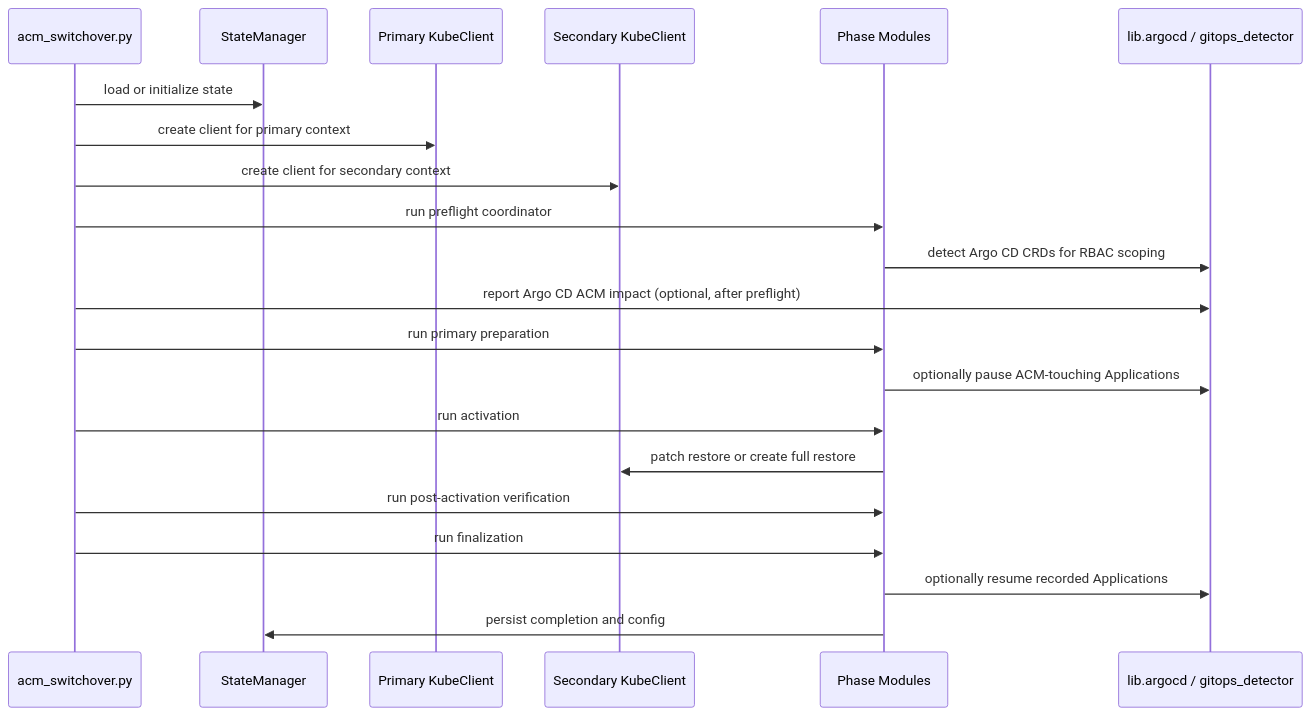
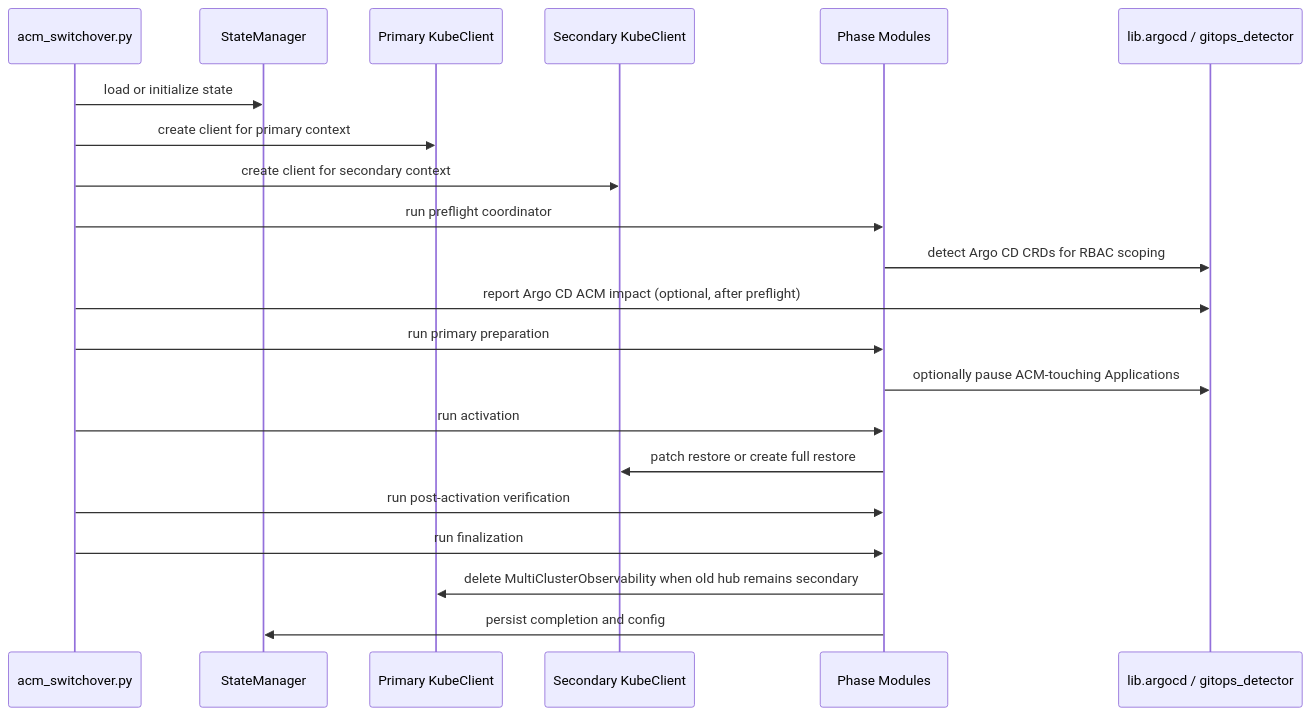
Before and after one commit to tomazb/rh-acm-switchover: the second of 2 diagrams in docs/development/architecture.md, drawn with Mermaid. The commit also changed other lines of this file and 9 other files, not shown here.

````diff
--- a/docs/development/architecture.md
+++ b/docs/development/architecture.md
@@ -287,24 +287,24 @@
 ```mermaid
 sequenceDiagram
     participant CLI as acm_switchover.py
     participant State as StateManager
     participant P as Primary KubeClient
     participant S as Secondary KubeClient
     participant Mods as Phase Modules
     participant Argo as lib.argocd / gitops_detector
 
     CLI->>State: load or initialize state
     CLI->>P: create client for primary context
     CLI->>S: create client for secondary context
     CLI->>Mods: run preflight coordinator
     Mods->>Argo: detect Argo CD CRDs for RBAC scoping
     CLI->>Argo: report Argo CD ACM impact (optional, after preflight)
     CLI->>Mods: run primary preparation
     Mods->>Argo: optionally pause ACM-touching Applications
     CLI->>Mods: run activation
     Mods->>S: patch restore or create full restore
     CLI->>Mods: run post-activation verification
     CLI->>Mods: run finalization
-    Mods->>Argo: optionally resume recorded Applications
+    Mods->>P: delete MultiClusterObservability when old hub remains secondary
     Mods->>State: persist completion and config
 ```
````
